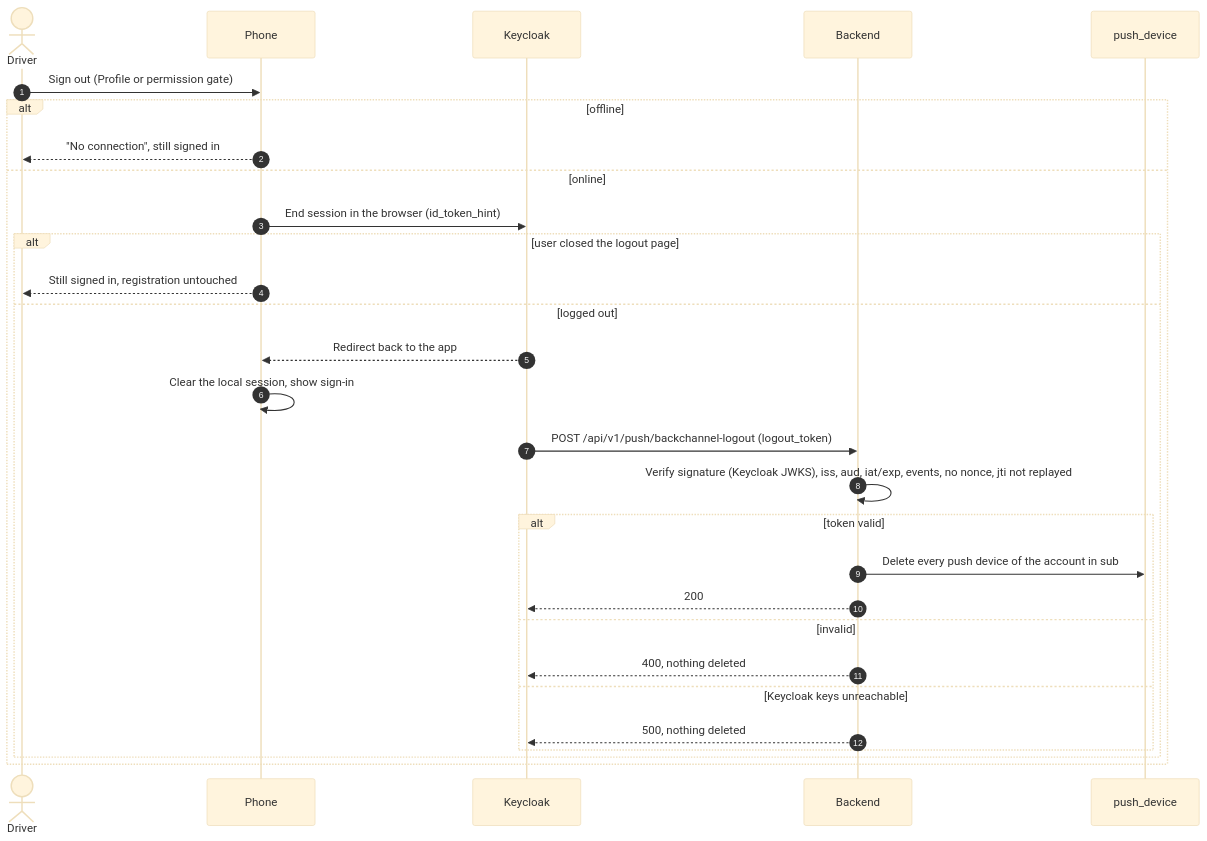
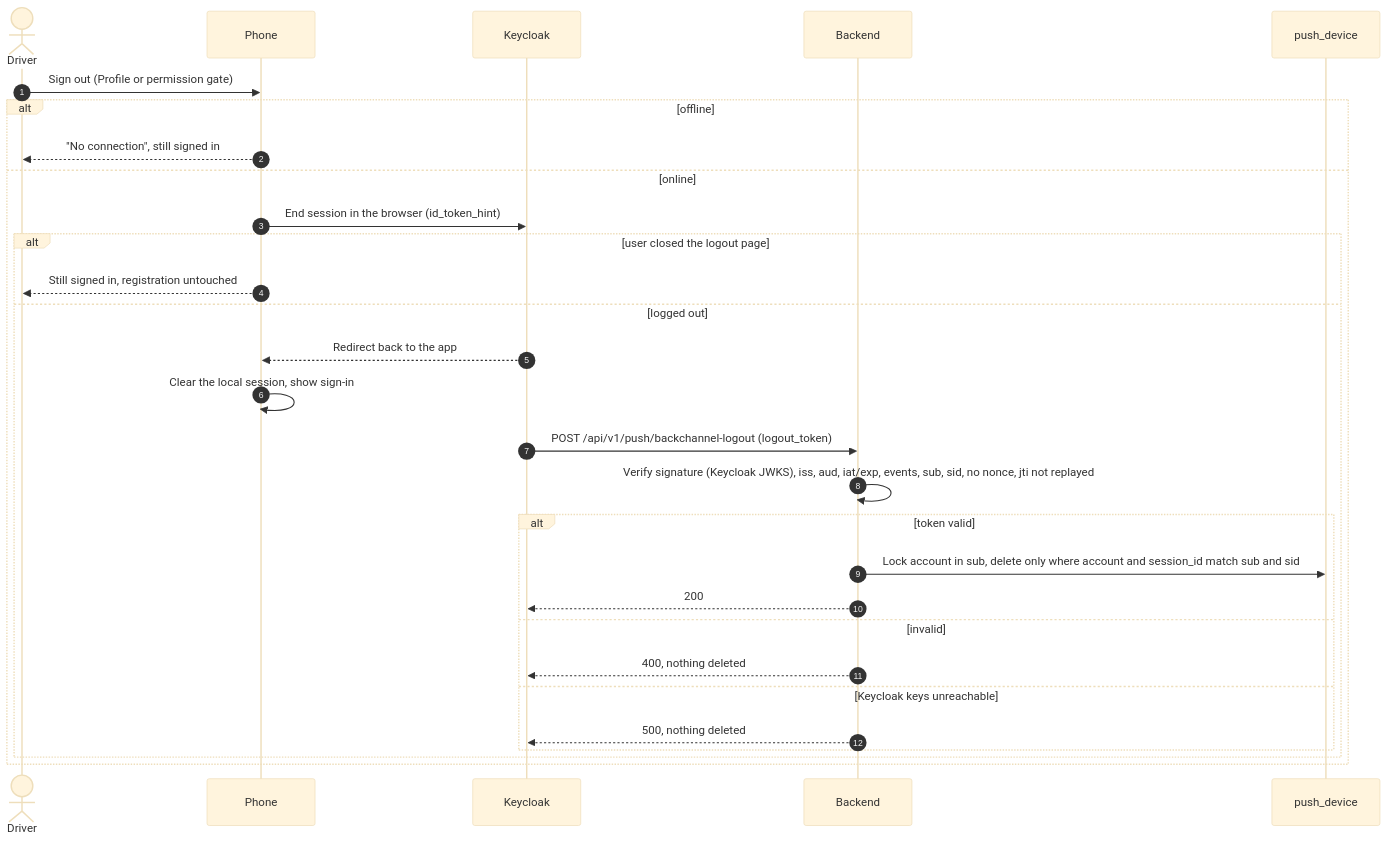
The fifth of 6 diagrams in docs/push-notifications.md (piskula/TruckerTracker), drawn with Mermaid (base theme) before and after one commit. The commit also changed other lines of this file and 21 other files, not shown here.

First line of the commit message:
Fix push unregistration to follow the logged-out Keycloak session (#101)

````diff
--- a/docs/push-notifications.md
+++ b/docs/push-notifications.md
@@ -139,32 +142,32 @@
 ```mermaid
 sequenceDiagram
   autonumber
   actor U as Driver
   participant P as Phone
   participant KC as Keycloak
   participant BE as Backend
   participant DB as push_device
 
   U->>P: Sign out (Profile or permission gate)
   alt offline
     P-->>U: "No connection", still signed in
   else online
     P->>KC: End session in the browser (id_token_hint)
     alt user closed the logout page
       P-->>U: Still signed in, registration untouched
     else logged out
       KC-->>P: Redirect back to the app
       P->>P: Clear the local session, show sign-in
       KC->>BE: POST /api/v1/push/backchannel-logout (logout_token)
-      BE->>BE: Verify signature (Keycloak JWKS), iss, aud, iat/exp, events, no nonce, jti not replayed
+      BE->>BE: Verify signature (Keycloak JWKS), iss, aud, iat/exp, events, sub, sid, no nonce, jti not replayed
       alt token valid
-        BE->>DB: Delete every push device of the account in sub
+        BE->>DB: Lock account in sub, delete only where account and session_id match sub and sid
         BE-->>KC: 200
       else invalid
         BE-->>KC: 400, nothing deleted
       else Keycloak keys unreachable
         BE-->>KC: 500, nothing deleted
       end
     end
   end
 ```
````
